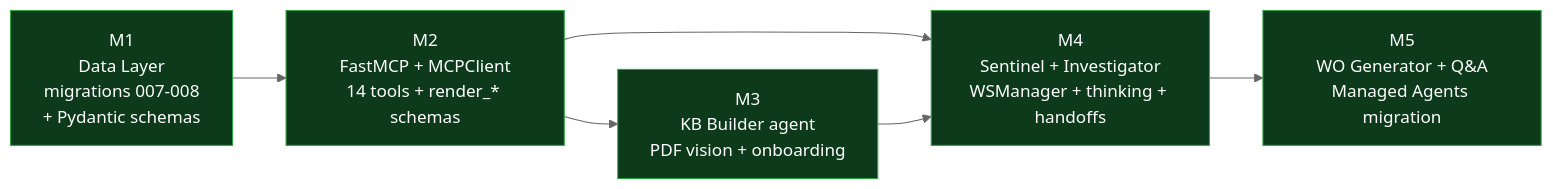
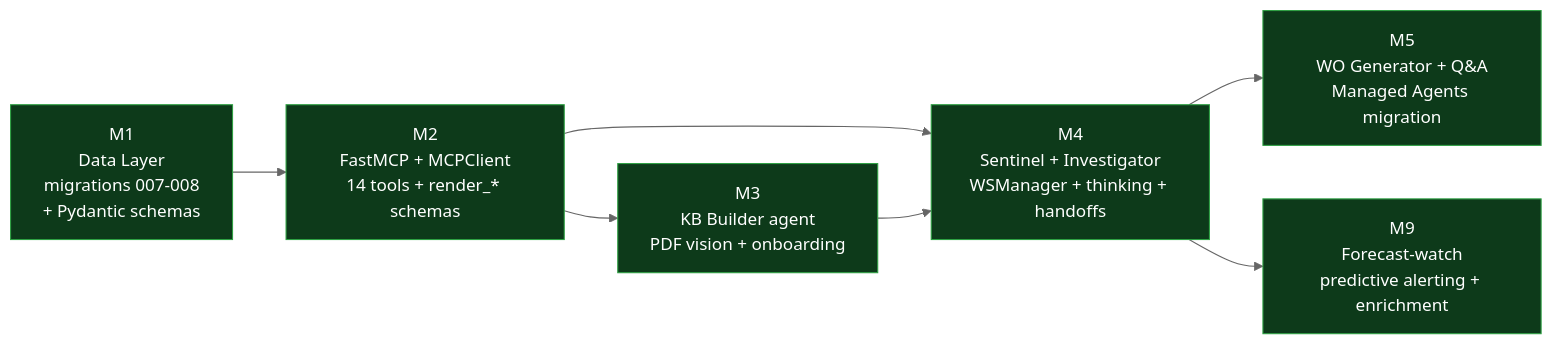
The second of 2 diagrams in docs/architecture/README.md (zestones/Aria), drawn with Mermaid (neutral theme) before and after one commit. The commit also changed other lines of this file and 3 other files, not shown here.

Commit message:
feat(forecast): add forecast-watch loop for predictive alerting and enrich pattern match

````diff
--- a/docs/architecture/README.md
+++ b/docs/architecture/README.md
@@ -126,17 +127,19 @@
 ```mermaid
 flowchart LR
     M1["M1<br/>Data Layer<br/>migrations 007-008<br/>+ Pydantic schemas"]
     M2["M2<br/>FastMCP + MCPClient<br/>14 tools + render_* schemas"]
     M3["M3<br/>KB Builder agent<br/>PDF vision + onboarding"]
     M4["M4<br/>Sentinel + Investigator<br/>WSManager + thinking + handoffs"]
     M5["M5<br/>WO Generator + Q&A<br/>Managed Agents migration"]
+    M9["M9<br/>Forecast-watch<br/>predictive alerting + enrichment"]
 
     M1 --> M2
     M2 --> M3
     M2 --> M4
     M3 --> M4
     M4 --> M5
+    M4 --> M9
 
     classDef done fill:#0d3a1a,stroke:#2ea043,color:#fff
-    class M1,M2,M3,M4,M5 done
+    class M1,M2,M3,M4,M5,M9 done
 ```
````
